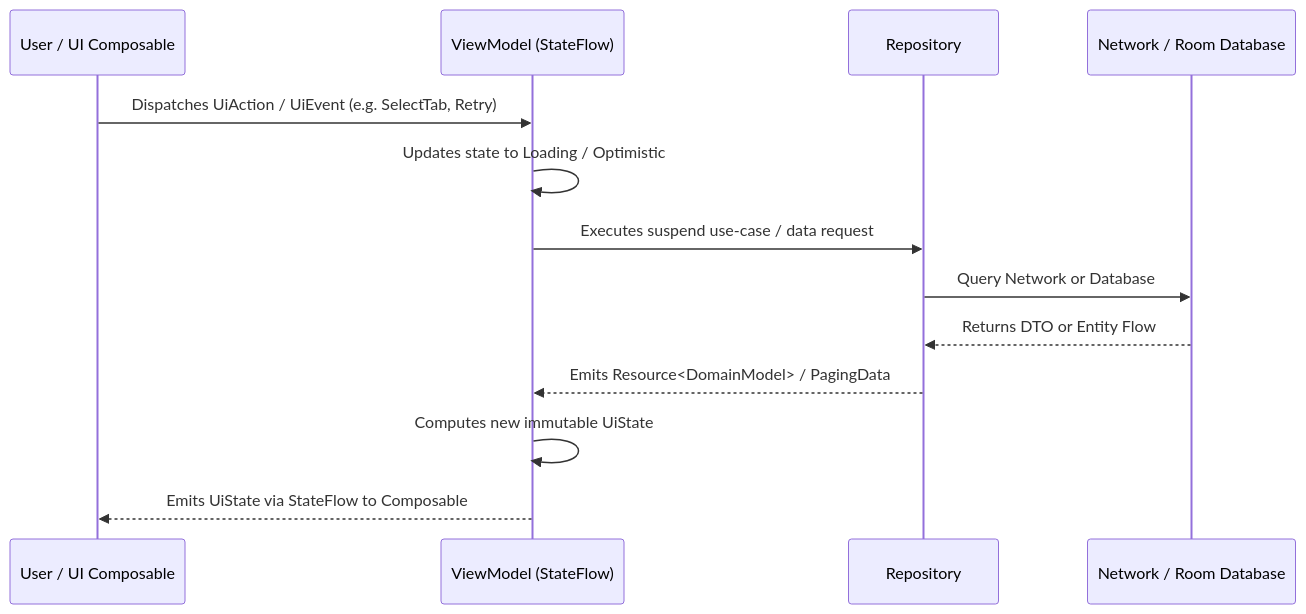
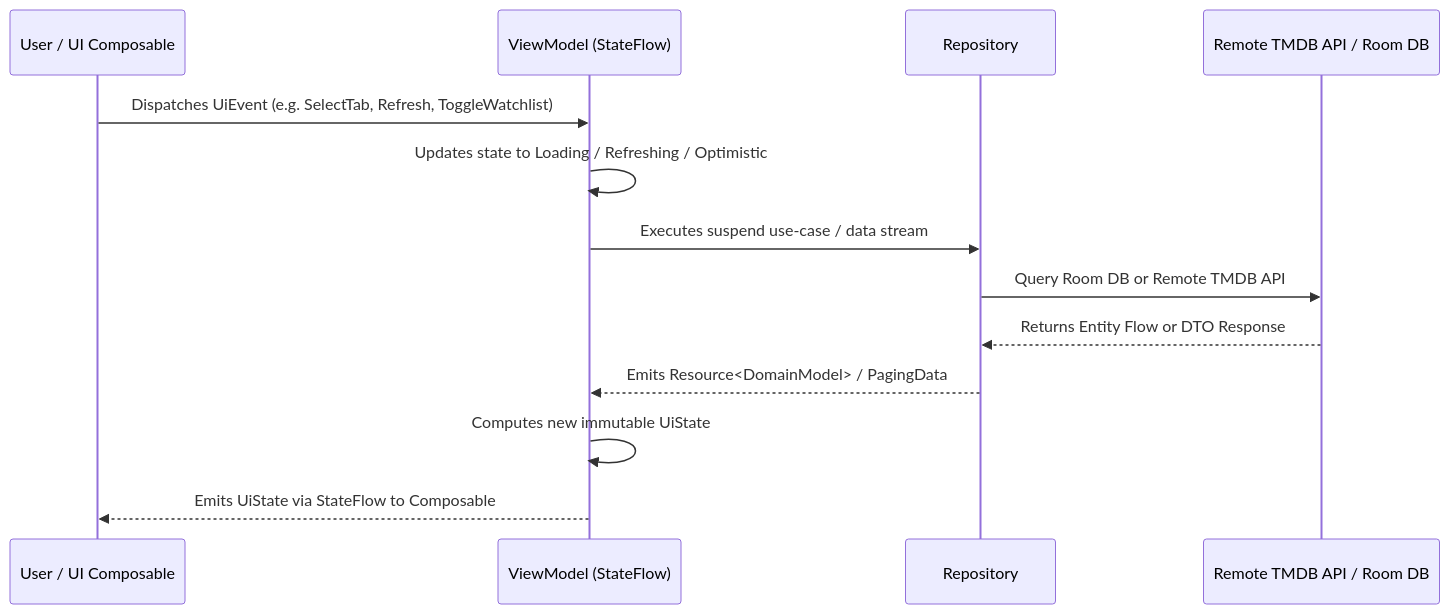
One commit to prayogizan/Golek-Pilem changed the diagram in README.md. Above: the diagram before and after it, drawn with Mermaid. The commit also changed other lines of this file and 21 other files, not shown here.

````diff
--- a/README.md
+++ b/README.md
@@ -130,16 +150,16 @@
 ```mermaid
 sequenceDiagram
     participant User as User / UI Composable
     participant VM as ViewModel (StateFlow)
     participant Repo as Repository
-    participant Data as Network / Room Database
+    participant Data as Remote TMDB API / Room DB
 
-    User->>VM: Dispatches UiAction / UiEvent (e.g. SelectTab, Retry)
-    VM->>VM: Updates state to Loading / Optimistic
-    VM->>Repo: Executes suspend use-case / data request
-    Repo->>Data: Query Network or Database
-    Data-->>Repo: Returns DTO or Entity Flow
+    User->>VM: Dispatches UiEvent (e.g. SelectTab, Refresh, ToggleWatchlist)
+    VM->>VM: Updates state to Loading / Refreshing / Optimistic
+    VM->>Repo: Executes suspend use-case / data stream
+    Repo->>Data: Query Room DB or Remote TMDB API
+    Data-->>Repo: Returns Entity Flow or DTO Response
     Repo-->>VM: Emits Resource<DomainModel> / PagingData
     VM->>VM: Computes new immutable UiState
     VM-->>User: Emits UiState via StateFlow to Composable
 ```
````
